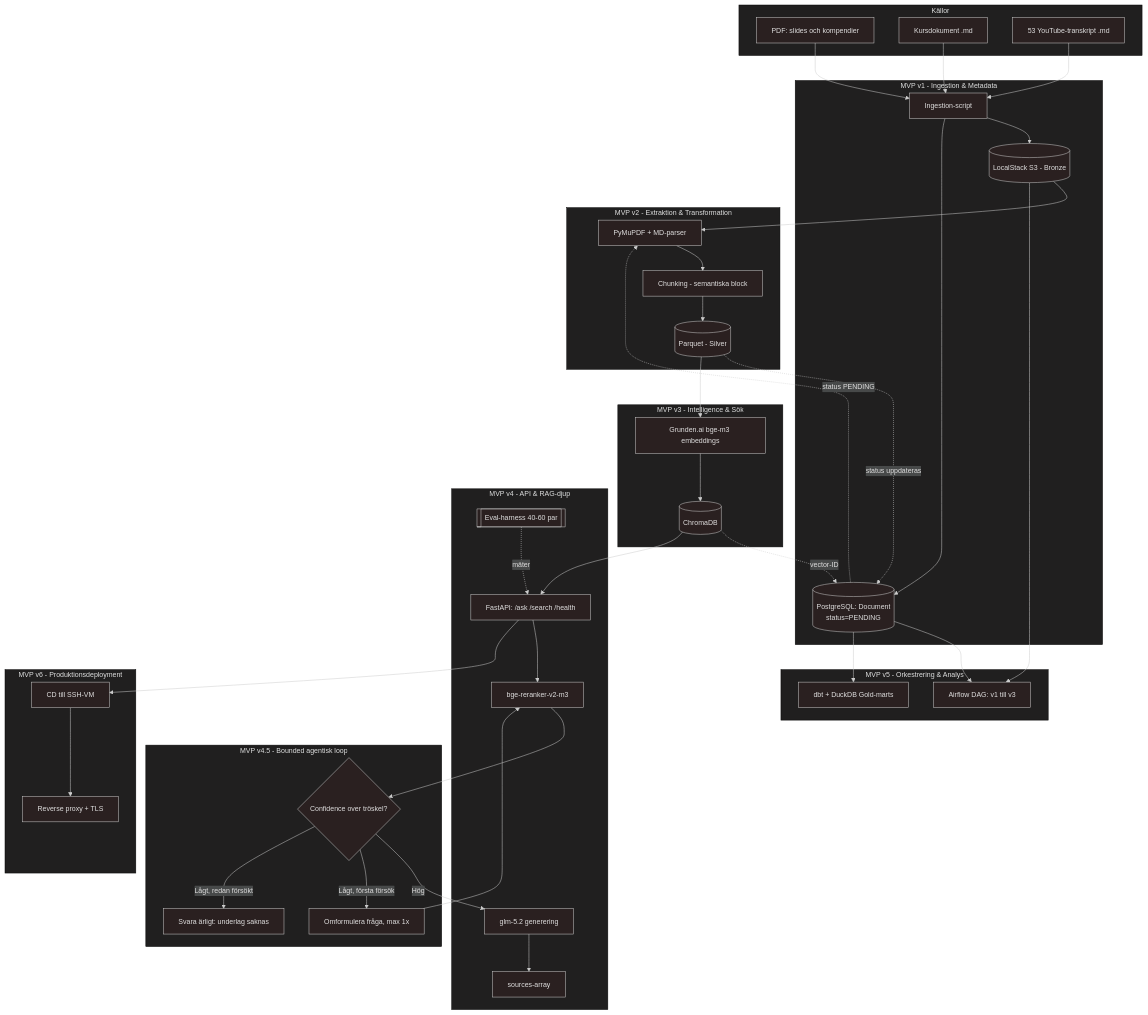
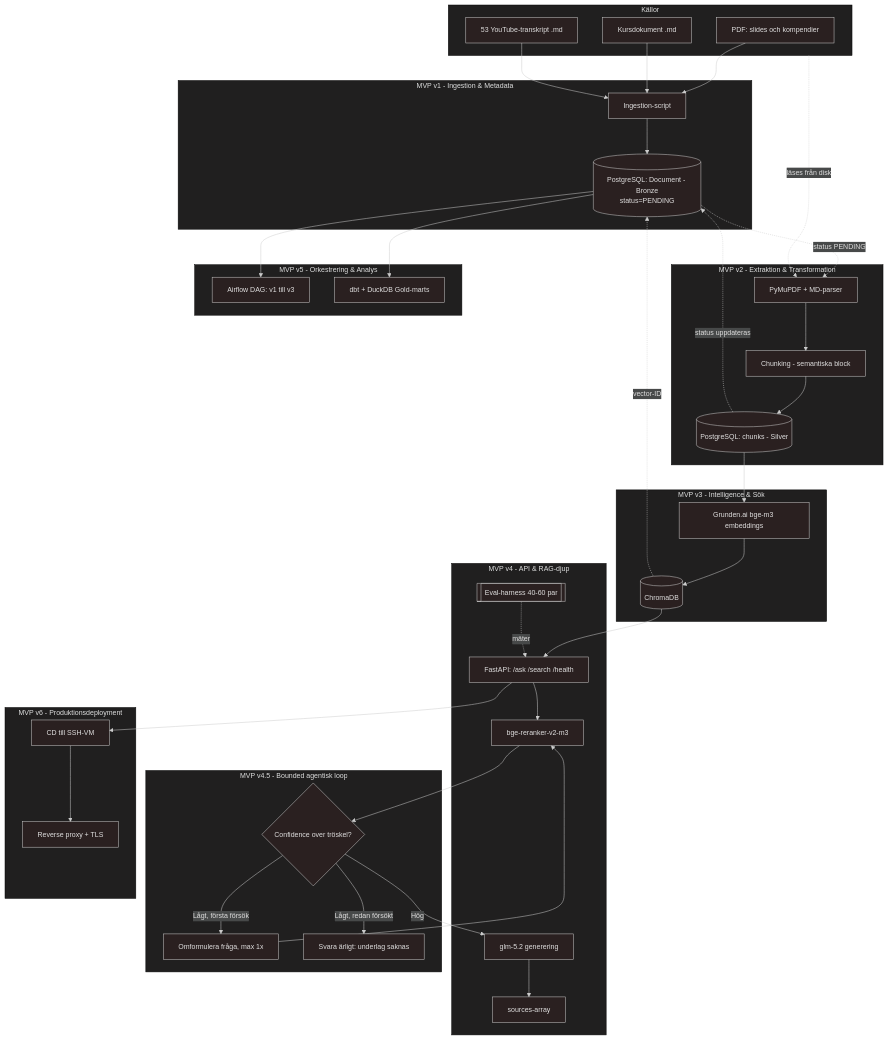
The diagram in docs/architecture/overview_kms.mmd (JohnnyHyytiainen/project3-kms), drawn with Mermaid before and after one commit. The commit also changed 6 other files, not shown here.

Commit message:
docs: remove S3, LocalStack and Parquet from README, ERD and diagrams

```diff
--- a/docs/architecture/overview_kms.mmd
+++ b/docs/architecture/overview_kms.mmd
@@ -1,85 +1,82 @@
 ---
 config:
   theme: neo-dark
 ---
 graph TD
     subgraph Kallor["Källor"]
         PDF[PDF: slides och kompendier]
         MD[Kursdokument .md]
         TRANS[53 YouTube-transkript .md]
     end
 
     subgraph MVP1["MVP v1 - Ingestion & Metadata"]
         ING[Ingestion-script]
-        S3[(LocalStack S3 - Bronze)]
-        PG1[(PostgreSQL: Document<br/>status=PENDING)]
+        PG1[(PostgreSQL: Document - Bronze<br/>status=PENDING)]
     end
 
     subgraph MVP2["MVP v2 - Extraktion & Transformation"]
         EXT[PyMuPDF + MD-parser]
         CHUNK[Chunking - semantiska block]
-        PARQUET[(Parquet - Silver)]
+        SILVER[(PostgreSQL: chunks - Silver)]
     end
 
     subgraph MVP3["MVP v3 - Intelligence & Sök"]
         EMB[Grunden.ai bge-m3 embeddings]
         CHROMA[(ChromaDB)]
     end
 
     subgraph MVP4["MVP v4 - API & RAG-djup"]
         API[FastAPI: /ask /search /health]
         RERANK[bge-reranker-v2-m3]
         GEN[glm-5.2 generering]
         SRC[sources-array]
         EVAL[[Eval-harness 40-60 par]]
     end
 
     subgraph MVP45["MVP v4.5 - Bounded agentisk loop"]
         CONF{Confidence over tröskel?}
         REFORM[Omformulera fråga, max 1x]
         HONEST[Svara ärligt: underlag saknas]
     end
 
     subgraph MVP5["MVP v5 - Orkestrering & Analys"]
         AIRFLOW[Airflow DAG: v1 till v3]
         DBT[dbt + DuckDB Gold-marts]
     end
 
     subgraph MVP6["MVP v6 - Produktionsdeployment"]
         CD[CD till SSH-VM]
         PROXY[Reverse proxy + TLS]
     end
 
     PDF --> ING
     MD --> ING
     TRANS --> ING
-    ING --> S3
     ING --> PG1
 
-    S3 --> EXT
+    Kallor -. läses från disk .-> EXT
     PG1 -. status PENDING .-> EXT
     EXT --> CHUNK
-    CHUNK --> PARQUET
-    PARQUET -. status uppdateras .-> PG1
+    CHUNK --> SILVER
+    SILVER -. status uppdateras .-> PG1
 
-    PARQUET --> EMB
+    SILVER --> EMB
     EMB --> CHROMA
     CHROMA -. vector-ID .-> PG1
 
     CHROMA --> API
     API --> RERANK
     RERANK --> CONF
     CONF -->|Hög| GEN
     CONF -->|Lågt, första försök| REFORM
     REFORM --> RERANK
     CONF -->|Lågt, redan försökt| HONEST
     GEN --> SRC
 
     EVAL -. mäter .-> API
 
     PG1 --> AIRFLOW
-    S3 --> AIRFLOW
     PG1 --> DBT
 
     API --> CD
     CD --> PROXY
```
